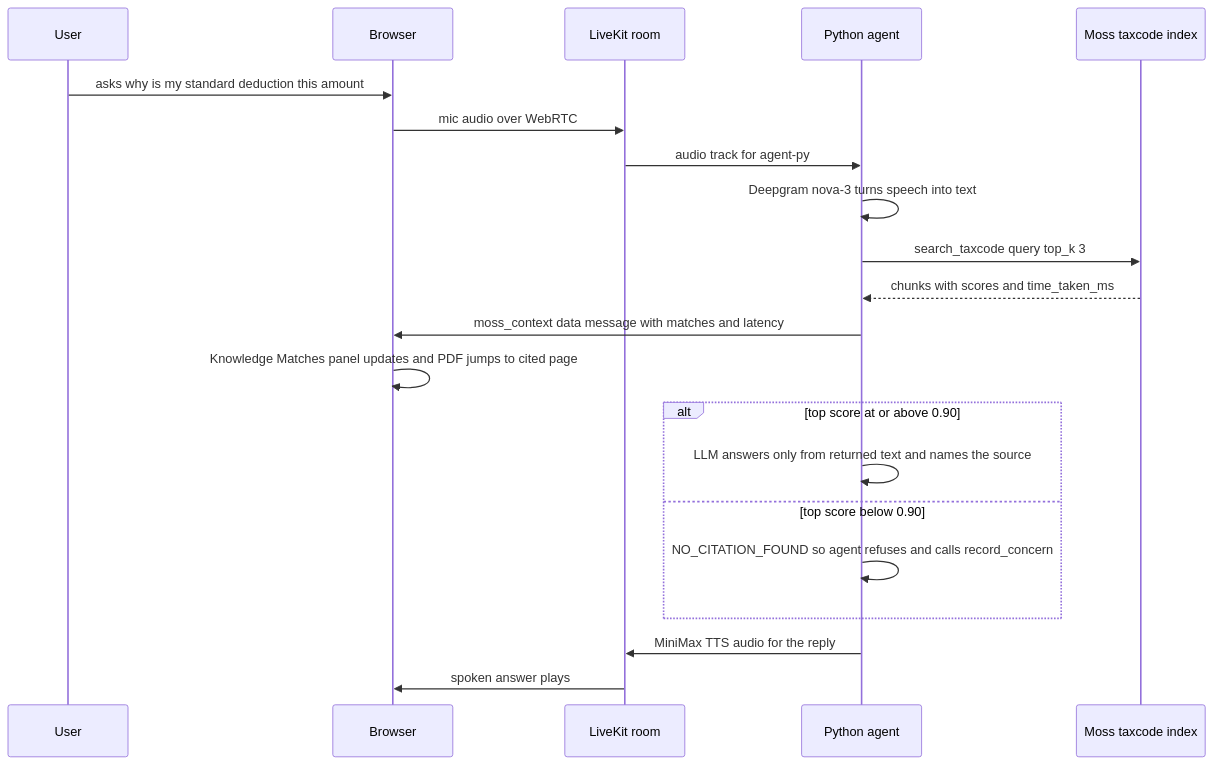
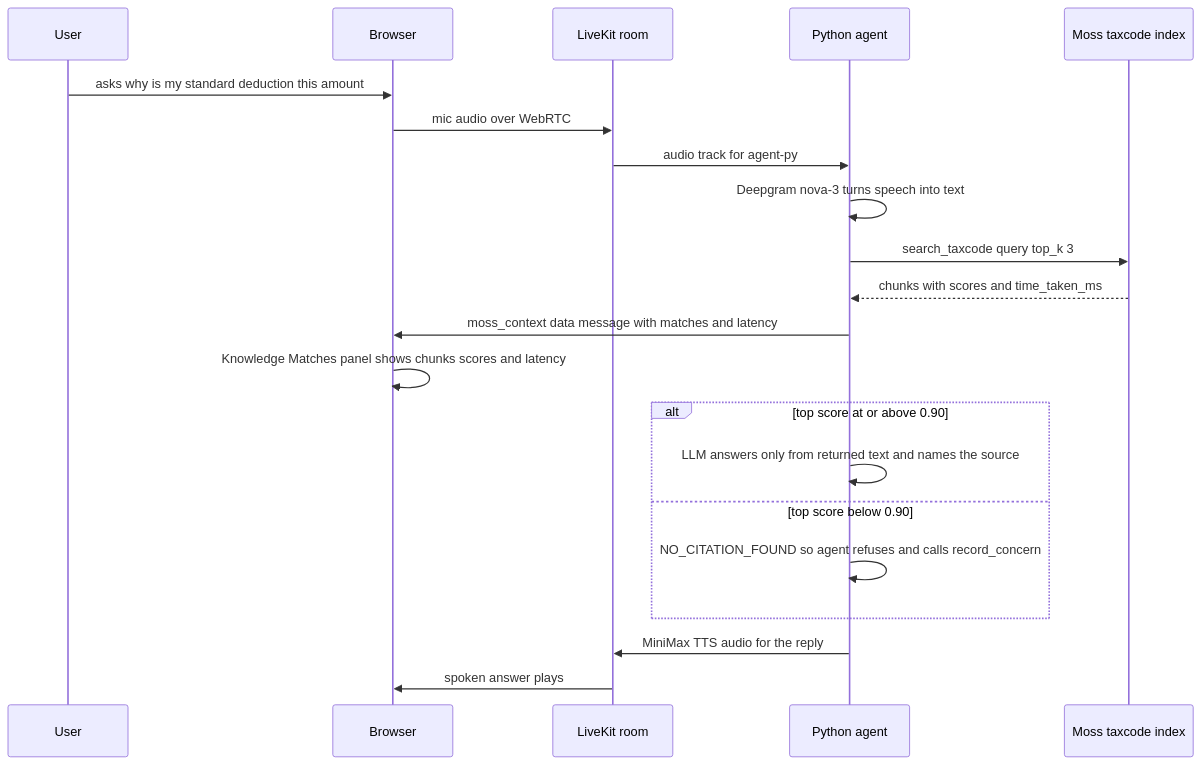
One commit to anirxdh/portfolio changed the diagram in content/diagrams/moss-voice-cpa-yc-hackathon-flow.mmd. Above: the diagram before and after it, drawn with Mermaid. The commit also changed 122 other files, not shown here.

```diff
--- a/content/diagrams/moss-voice-cpa-yc-hackathon-flow.mmd
+++ b/content/diagrams/moss-voice-cpa-yc-hackathon-flow.mmd
@@ -1,21 +1,21 @@
 sequenceDiagram
   participant U as User
   participant B as Browser
   participant L as LiveKit room
   participant A as Python agent
   participant M as Moss taxcode index
   U->>B: asks why is my standard deduction this amount
   B->>L: mic audio over WebRTC
   L->>A: audio track for agent-py
   A->>A: Deepgram nova-3 turns speech into text
   A->>M: search_taxcode query top_k 3
   M-->>A: chunks with scores and time_taken_ms
   A->>B: moss_context data message with matches and latency
-  B->>B: Knowledge Matches panel updates and PDF jumps to cited page
+  B->>B: Knowledge Matches panel shows chunks scores and latency
   alt top score at or above 0.90
     A->>A: LLM answers only from returned text and names the source
   else top score below 0.90
     A->>A: NO_CITATION_FOUND so agent refuses and calls record_concern
   end
   A->>L: MiniMax TTS audio for the reply
   L->>B: spoken answer plays
```
